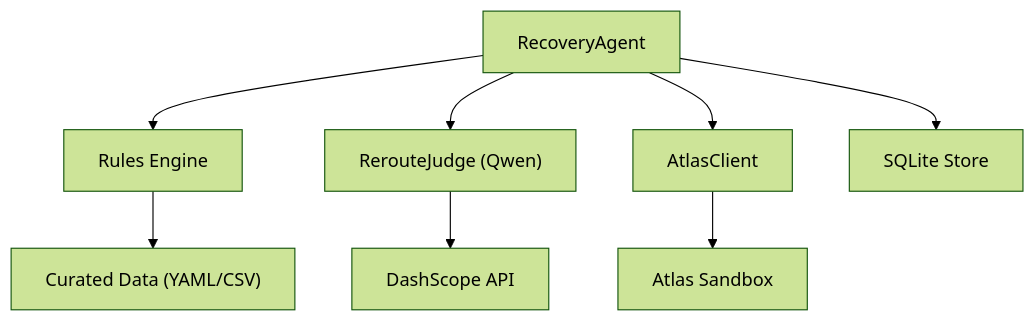
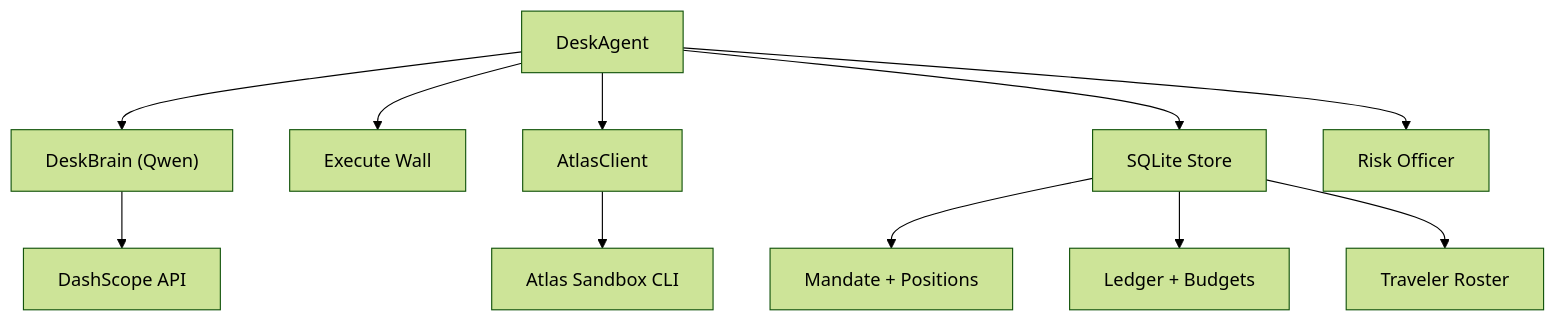
Before and after one commit to jaydonnnk/waypoint: the seventh of 7 diagrams in .qoder/repowiki/en/content/Project Overview/Project Overview.md, drawn with Mermaid (forest theme). The commit also changed other lines of this file and 9 other files, not shown here.

````diff
--- a/.qoder/repowiki/en/content/Project Overview/Project Overview.md
+++ b/.qoder/repowiki/en/content/Project Overview/Project Overview.md
@@ -274,10 +330,13 @@
 ```mermaid
 graph TB
-Agent["RecoveryAgent"] --> Rules["Rules Engine"]
-Agent --> Judge["RerouteJudge (Qwen)"]
-Agent --> Atlas["AtlasClient"]
-Agent --> Store["SQLite Store"]
-Rules --> Data["Curated Data (YAML/CSV)"]
-Judge --> DashScope["DashScope API"]
-Atlas --> Sandbox["Atlas Sandbox"]
+DeskAgent["DeskAgent"] --> DeskBrain["DeskBrain (Qwen)"]
+DeskAgent --> ExecuteWall["Execute Wall"]
+DeskAgent --> Atlas["AtlasClient"]
+DeskAgent --> Store["SQLite Store"]
+DeskAgent --> Auditor["Risk Officer"]
+DeskBrain --> DashScope["DashScope API"]
+Atlas --> Sandbox["Atlas Sandbox CLI"]
+Store --> Mandate["Mandate + Positions"]
+Store --> Ledger["Ledger + Budgets"]
+Store --> Travelers["Traveler Roster"]
 ```
````
